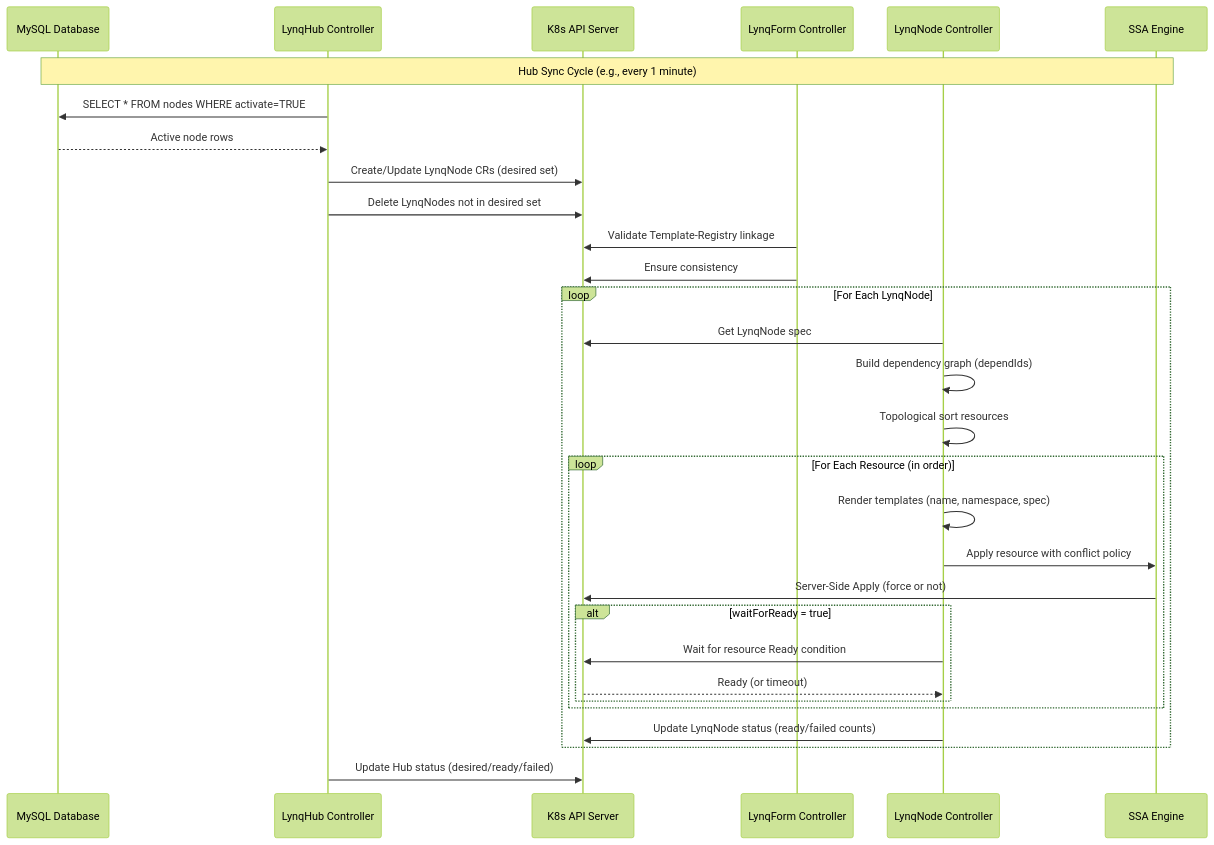
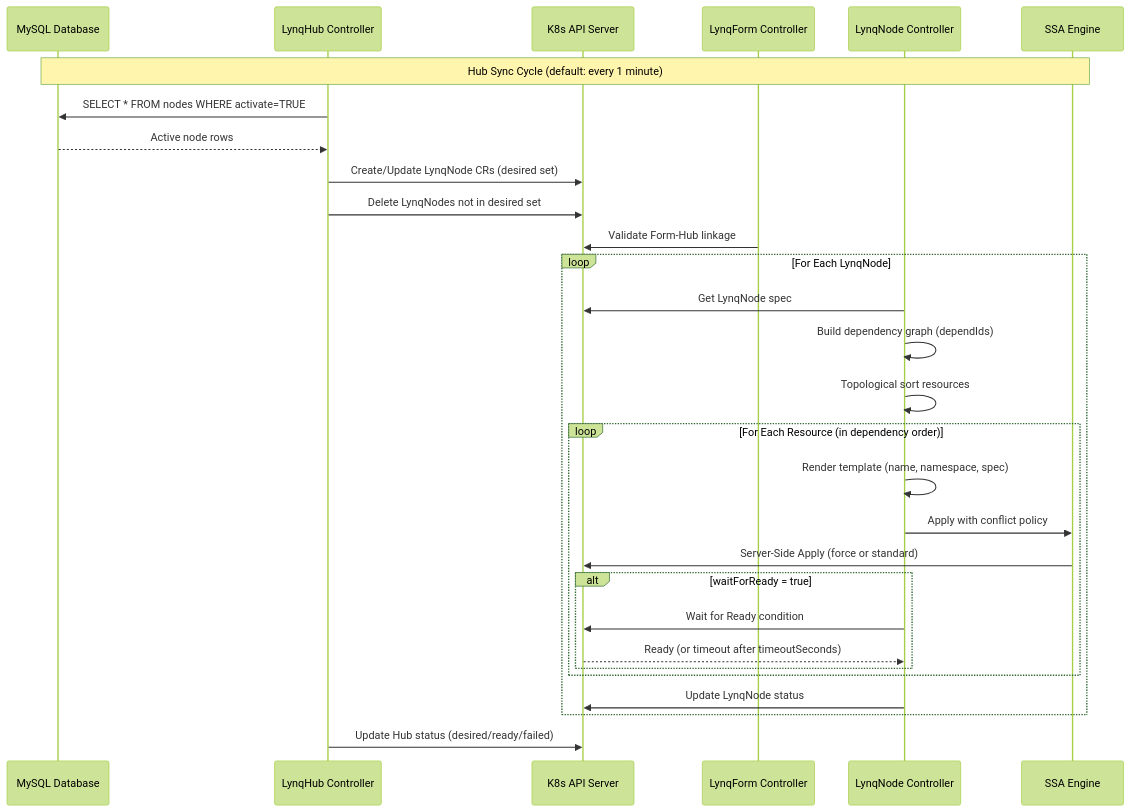
One commit to k8s-lynq/lynq changed the second of 2 diagrams in docs/architecture.md. Above: the diagram before and after it, drawn with Mermaid (forest theme). The commit also changed other lines of this file and 40 other files, not shown here.

````diff
--- a/docs/architecture.md
+++ b/docs/architecture.md
@@ -88,41 +84,40 @@
 ```mermaid
 sequenceDiagram
     participant DB as MySQL Database
     participant RC as LynqHub Controller
     participant API as K8s API Server
     participant TC as LynqForm Controller
     participant TNC as LynqNode Controller
     participant SSA as SSA Engine
 
-    Note over DB,SSA: Hub Sync Cycle (e.g., every 1 minute)
+    Note over DB,SSA: Hub Sync Cycle (default: every 1 minute)
 
     RC->>DB: SELECT * FROM nodes WHERE activate=TRUE
     DB-->>RC: Active node rows
 
     RC->>API: Create/Update LynqNode CRs (desired set)
     RC->>API: Delete LynqNodes not in desired set
 
-    TC->>API: Validate Template-Registry linkage
-    TC->>API: Ensure consistency
+    TC->>API: Validate Form-Hub linkage
 
     loop For Each LynqNode
         TNC->>API: Get LynqNode spec
         TNC->>TNC: Build dependency graph (dependIds)
         TNC->>TNC: Topological sort resources
 
-        loop For Each Resource (in order)
-            TNC->>TNC: Render templates (name, namespace, spec)
-            TNC->>SSA: Apply resource with conflict policy
-            SSA->>API: Server-Side Apply (force or not)
+        loop For Each Resource (in dependency order)
+            TNC->>TNC: Render template (name, namespace, spec)
+            TNC->>SSA: Apply with conflict policy
+            SSA->>API: Server-Side Apply (force or standard)
 
             alt waitForReady = true
-                TNC->>API: Wait for resource Ready condition
-                API-->>TNC: Ready (or timeout)
+                TNC->>API: Wait for Ready condition
+                API-->>TNC: Ready (or timeout after timeoutSeconds)
             end
         end
 
-        TNC->>API: Update LynqNode status (ready/failed counts)
+        TNC->>API: Update LynqNode status
     end
 
     RC->>API: Update Hub status (desired/ready/failed)
 ```
````
